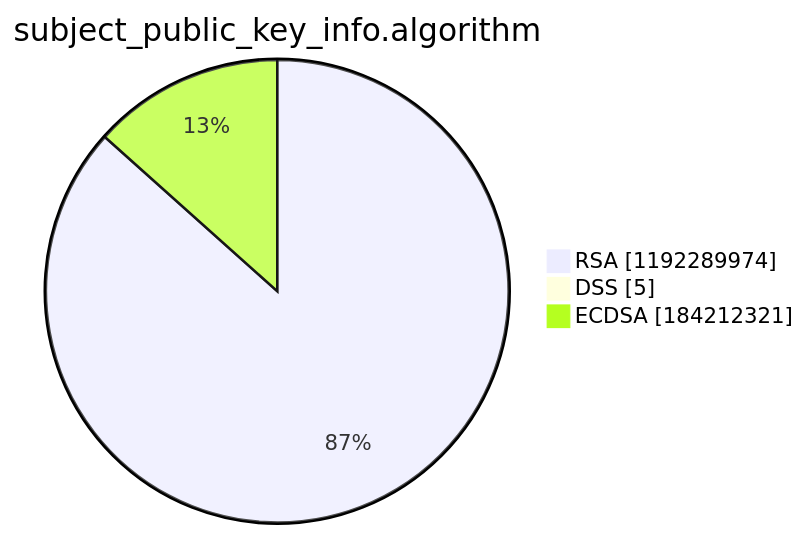
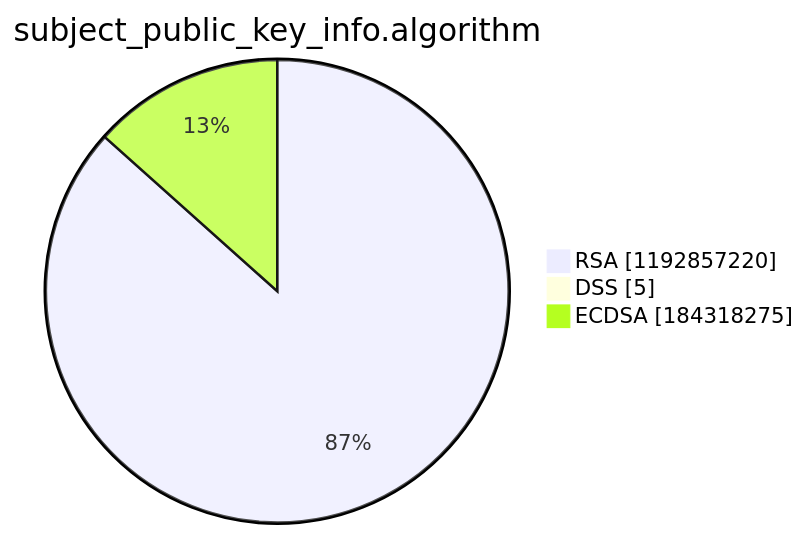
Before and after one commit to christiankrug/ctmonitor_visualization: the third of 15 diagrams in argon2022/README.md, drawn with Mermaid. The commit also changed other lines of this file, not shown here.

````diff
--- a/argon2022/README.md
+++ b/argon2022/README.md
@@ -14,7 +14,7 @@
 ```mermaid
 pie showData
 title subject_public_key_info.algorithm
-"RSA" :1192289974
+"RSA" :1192857220
 "DSS" :5
-"ECDSA" :184212321
+"ECDSA" :184318275
 ```
````
